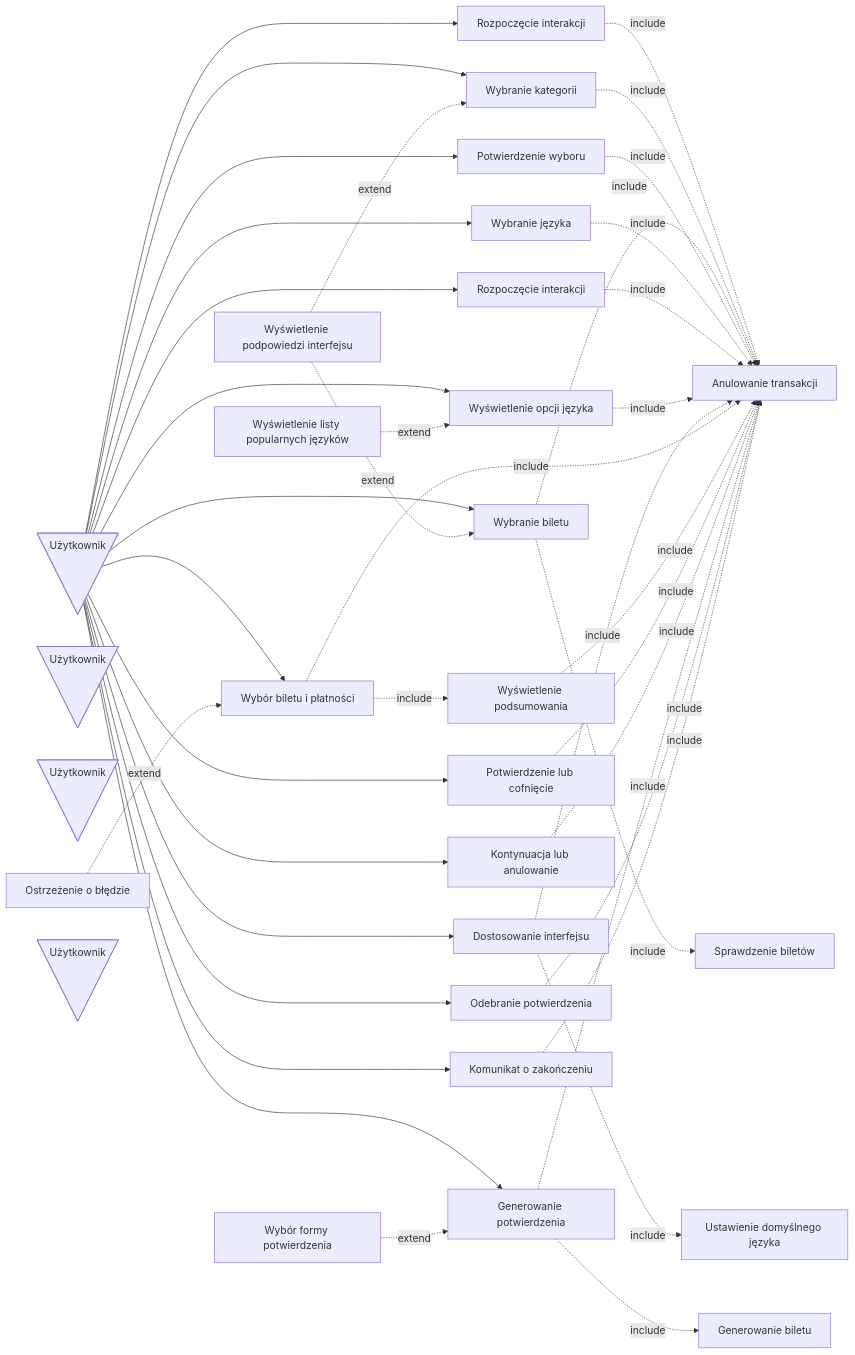
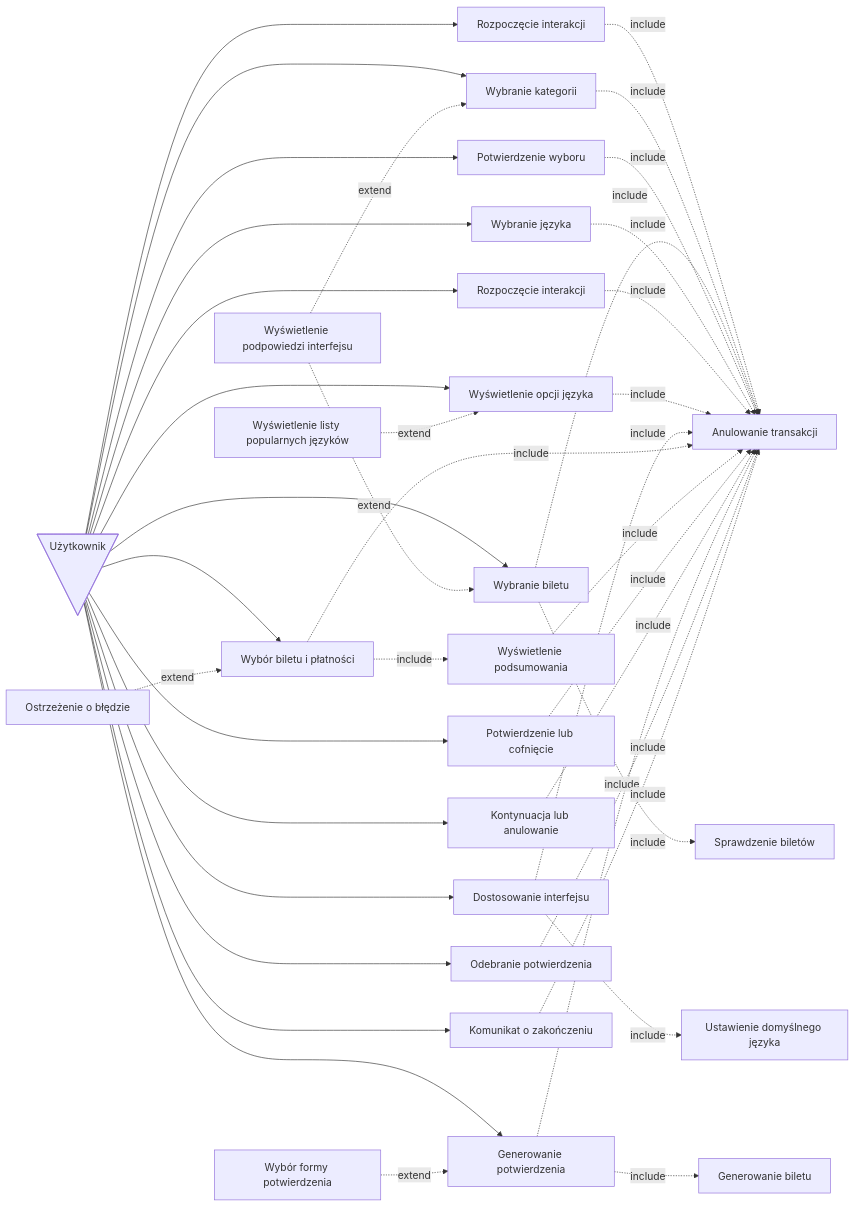
One commit to MarcinMarszewski/dowolna_nazwa changed the second of 2 diagrams in userstories/user.md. Above: the diagram before and after it, drawn with Mermaid.

Commit message:
Update user.md fix duplicates in big diagram

````diff
--- a/userstories/user.md
+++ b/userstories/user.md
@@ -103,75 +103,72 @@
 ```mermaid
 flowchart LR
   A@{ shape: manual-file, label: "Użytkownik" }
   id1[Rozpoczęcie interakcji]
   id2[Sprawdzenie biletów]
   id3[Anulowanie transakcji]
   id4[Wyświetlenie podpowiedzi interfejsu]
   id11[Wybranie kategorii]
   id111[Wybranie biletu]
   id1111[Potwierdzenie wyboru]
 
-  B@{ shape: manual-file, label: "Użytkownik" }
   id5[Wybranie języka]
   id6[Ustawienie domyślnego języka]
   id8[Wyświetlenie listy popularnych języków]
   id22[Rozpoczęcie interakcji]
   id222[Wyświetlenie opcji języka]
   id2222[Dostosowanie interfejsu]
 
-  C@{ shape: manual-file, label: "Użytkownik" }
   uc1[Wybór biletu i płatności]
   uc2[Wyświetlenie podsumowania]
   uc3[Potwierdzenie lub cofnięcie]
   uc4[Kontynuacja lub anulowanie]
   uc7[Ostrzeżenie o błędzie]
 
-  D@{ shape: manual-file, label: "Użytkownik" }
   u1[Generowanie potwierdzenia]
   u2[Odebranie potwierdzenia]
   u3[Komunikat o zakończeniu]
   u5[Generowanie biletu]
   u6[Wybór formy potwierdzenia]
 
   A --> id1
   A --> id11
   A --> id111
   A --> id1111
   id1-. include .-> id3
   id11-. include .-> id3
   id111-. include .-> id3
   id1111-. include .-> id3
   id111-. include .-> id2
   id4-. extend .-> id11
   id4-. extend .-> id111
 
   A --> id5;
   A --> id22;
   A --> id222;
   A --> id2222;
   id5-. include .-> id3
   id22-. include .-> id3
   id222-. include .-> id3
   id2222-. include .-> id3
   id2222-. include .-> id6
   id8-. extend .-> id222
 
   A --> uc1
   A --> uc3
   A --> uc4
   uc1-. include .-> id3
   uc2-. include .-> id3
   uc3-. include .-> id3
   uc4-. include .-> id3
   uc1-. include .-> uc2
   uc7-. extend .-> uc1
 
   A --> u1
   A --> u2
   A --> u3
   u1-. include .-> id3
   u2-. include .-> id3
   u3-. include .-> id3
   u1-. include .-> u5
   u6-. extend .-> u1
 ```
````
